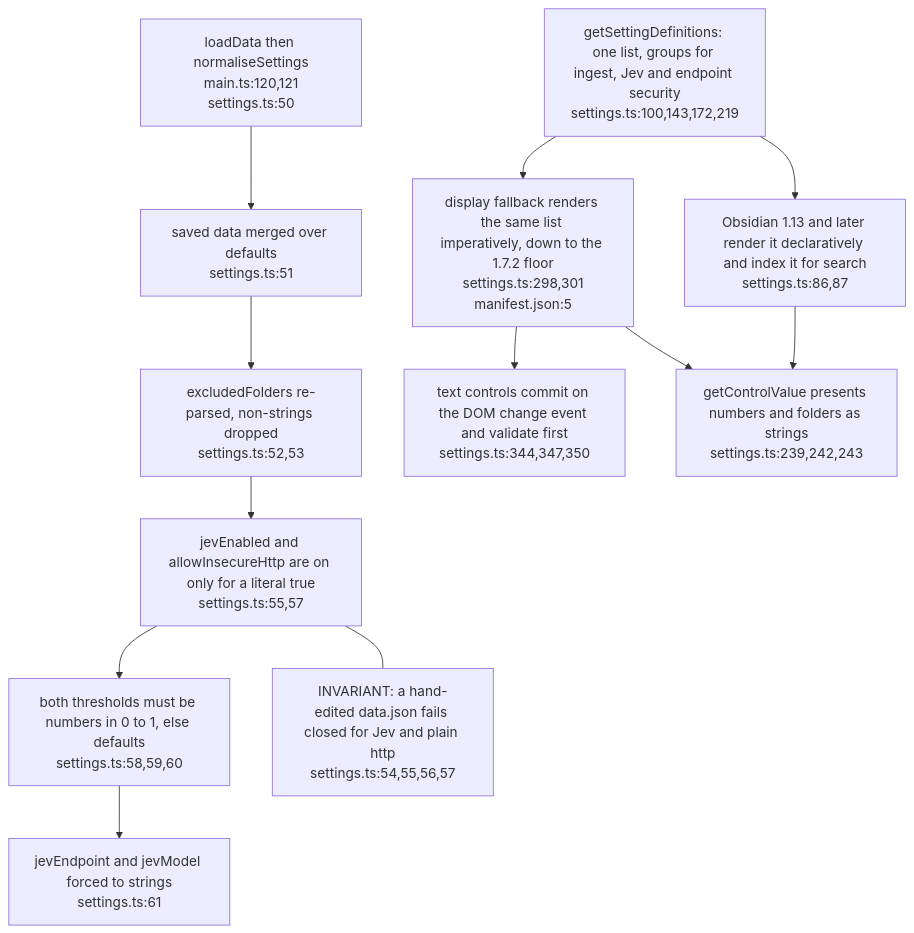
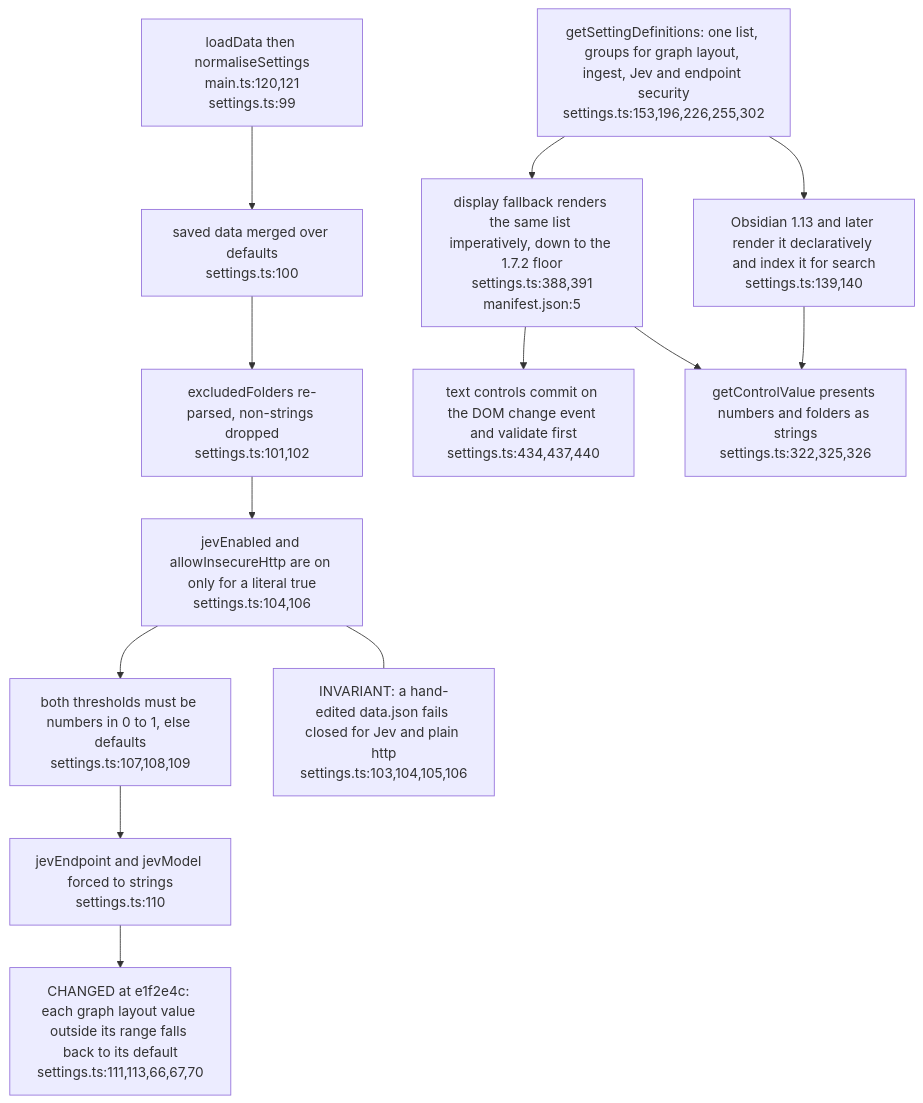
The second of 3 diagrams in docs/diagrams/ontomark-obsidian/03-settings-surface.md (DreamLab-AI/VisionFlow), drawn with Mermaid before and after one commit. The commit also changed other lines of this file and 20 other files, not shown here.

First line of the commit message:
docs(diagrams): ontomark and ontomark-obsidian re-verified (graph 0.4.0, plugin 0.6.0)

````diff
--- a/docs/diagrams/ontomark-obsidian/03-settings-surface.md
+++ b/docs/diagrams/ontomark-obsidian/03-settings-surface.md
@@ -50,22 +51,23 @@
 ```mermaid
 flowchart TD
-    LD["loadData then normaliseSettings<br/>main.ts:120,121<br/>settings.ts:50"]
-    MRG["saved data merged over defaults<br/>settings.ts:51"]
-    FOL["excludedFolders re-parsed, non-strings dropped<br/>settings.ts:52,53"]
-    FC["jevEnabled and allowInsecureHttp are on only for a literal true<br/>settings.ts:55,57"]
-    UNIT["both thresholds must be numbers in 0 to 1, else defaults<br/>settings.ts:58,59,60"]
-    STR["jevEndpoint and jevModel forced to strings<br/>settings.ts:61"]
-    LD --> MRG --> FOL --> FC --> UNIT --> STR
-    DEF["getSettingDefinitions: one list, groups for ingest, Jev and endpoint security<br/>settings.ts:100,143,172,219"]
-    NEW["Obsidian 1.13 and later render it declaratively and index it for search<br/>settings.ts:86,87"]
-    OLD["display fallback renders the same list imperatively, down to the 1.7.2 floor<br/>settings.ts:298,301<br/>manifest.json:5"]
-    TXT["text controls commit on the DOM change event and validate first<br/>settings.ts:344,347,350"]
-    GC["getControlValue presents numbers and folders as strings<br/>settings.ts:239,242,243"]
+    LD["loadData then normaliseSettings<br/>main.ts:120,121<br/>settings.ts:99"]
+    MRG["saved data merged over defaults<br/>settings.ts:100"]
+    FOL["excludedFolders re-parsed, non-strings dropped<br/>settings.ts:101,102"]
+    FC["jevEnabled and allowInsecureHttp are on only for a literal true<br/>settings.ts:104,106"]
+    UNIT["both thresholds must be numbers in 0 to 1, else defaults<br/>settings.ts:107,108,109"]
+    STR["jevEndpoint and jevModel forced to strings<br/>settings.ts:110"]
+    GLR["CHANGED at e1f2e4c: each graph layout value outside its range falls back to its default<br/>settings.ts:111,113,66,67,70"]
+    LD --> MRG --> FOL --> FC --> UNIT --> STR --> GLR
+    DEF["getSettingDefinitions: one list, groups for graph layout, ingest, Jev and endpoint security<br/>settings.ts:153,196,226,255,302"]
+    NEW["Obsidian 1.13 and later render it declaratively and index it for search<br/>settings.ts:139,140"]
+    OLD["display fallback renders the same list imperatively, down to the 1.7.2 floor<br/>settings.ts:388,391<br/>manifest.json:5"]
+    TXT["text controls commit on the DOM change event and validate first<br/>settings.ts:434,437,440"]
+    GC["getControlValue presents numbers and folders as strings<br/>settings.ts:322,325,326"]
     DEF --> NEW
     DEF --> OLD
     OLD --> TXT
     NEW --> GC
     OLD --> GC
-    INV["INVARIANT: a hand-edited data.json fails closed for Jev and plain http<br/>settings.ts:54,55,56,57"]
+    INV["INVARIANT: a hand-edited data.json fails closed for Jev and plain http<br/>settings.ts:103,104,105,106"]
     FC --- INV
 ```
````
